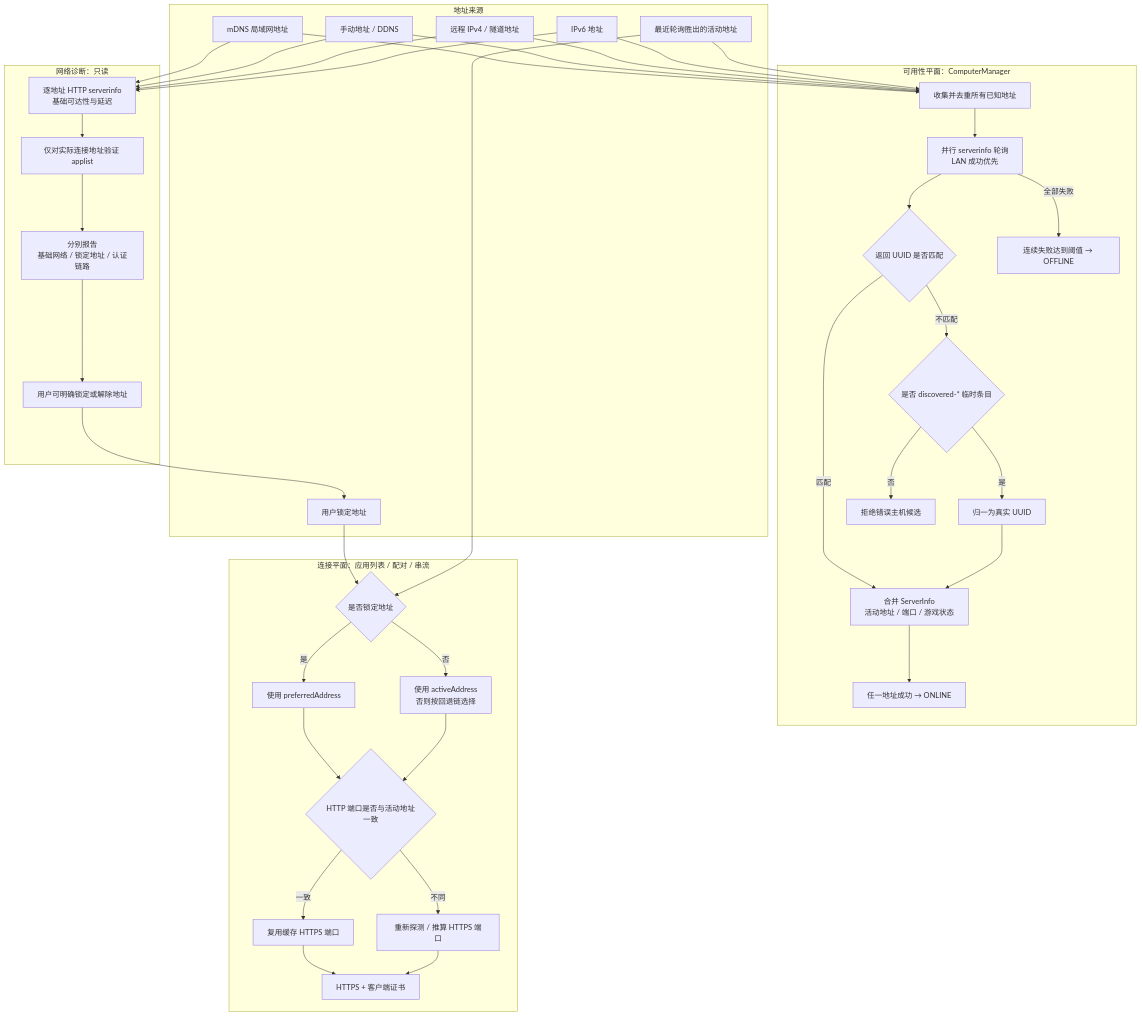
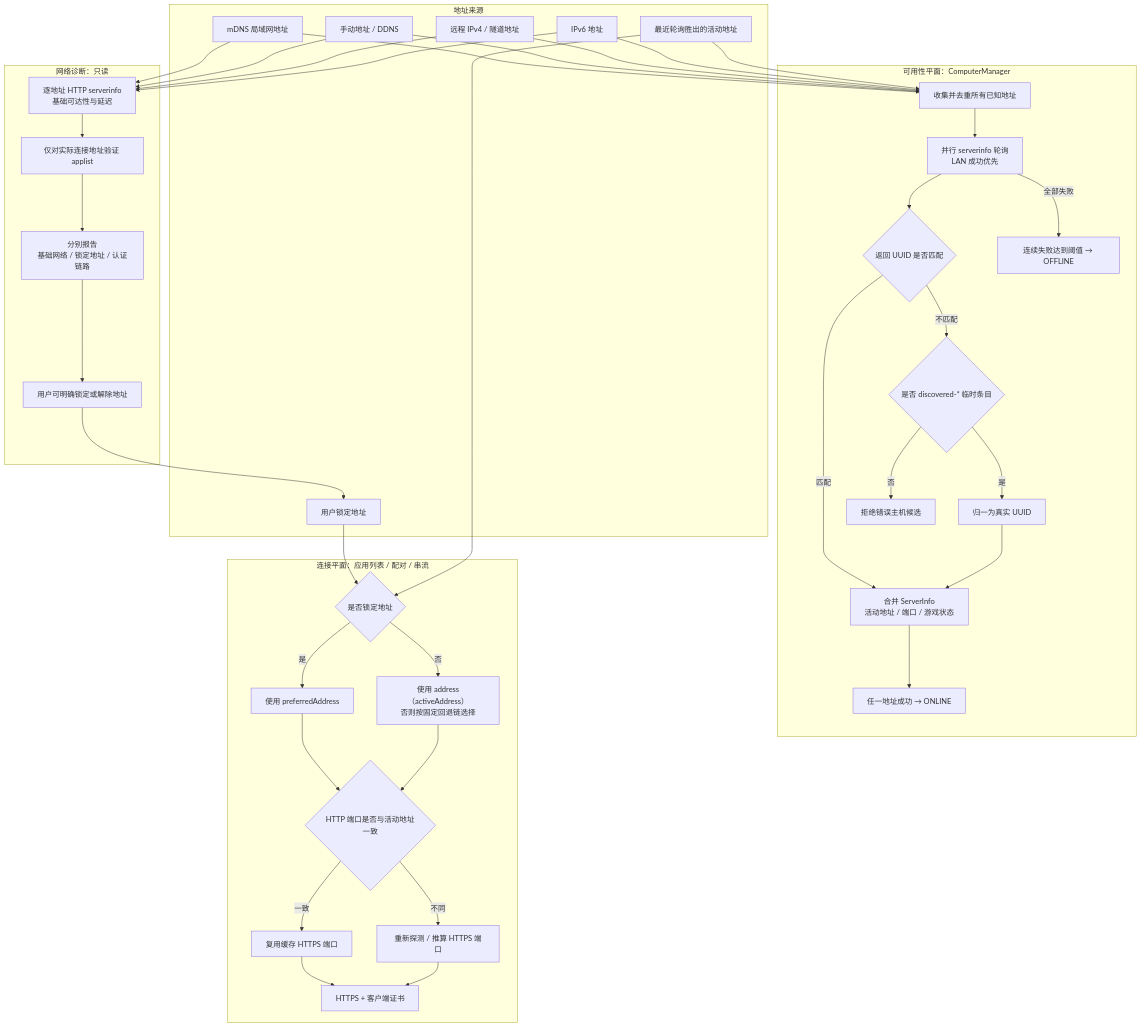
One commit to AlkaidLab/moonlight-harmony changed the diagram in docs/NETWORK_MODEL.md. Above: the diagram before and after it, drawn with Mermaid. The commit also changed other lines of this file, not shown here.

Commit message:
docs(network): clarify address selection contract

````diff
--- a/docs/NETWORK_MODEL.md
+++ b/docs/NETWORK_MODEL.md
@@ -5,69 +5,69 @@
 ```mermaid
 flowchart TD
   subgraph Sources[地址来源]
     MDNS[mDNS 局域网地址]
     MANUAL[手动地址 / DDNS]
     REMOTE[远程 IPv4 / 隧道地址]
     IPV6[IPv6 地址]
     ACTIVE[最近轮询胜出的活动地址]
     PREFERRED[用户锁定地址]
   end
 
   subgraph Availability[可用性平面：ComputerManager]
     COLLECT[收集并去重所有已知地址]
     POLL[并行 serverinfo 轮询<br/>LAN 成功优先]
     IDENTITY{返回 UUID 是否匹配}
     TEMP{是否 discovered-* 临时条目}
     RECONCILE[归一为真实 UUID]
     REJECT[拒绝错误主机候选]
     MERGE[合并 ServerInfo<br/>活动地址 / 端口 / 游戏状态]
     ONLINE[任一地址成功 → ONLINE]
     OFFLINE[连续失败达到阈值 → OFFLINE]
   end
 
   subgraph Connection[连接平面：应用列表 / 配对 / 串流]
     SELECT{是否锁定地址}
     USE_PREFERRED[使用 preferredAddress]
-    USE_ACTIVE[使用 activeAddress<br/>否则按回退链选择]
+    USE_ACTIVE[使用 address（activeAddress）<br/>否则按固定回退链选择]
     PORT{HTTP 端口是否与活动地址一致}
     REUSE[复用缓存 HTTPS 端口]
     DISCOVER_PORT[重新探测 / 推算 HTTPS 端口]
     AUTH[HTTPS + 客户端证书]
   end
 
   subgraph Diagnostic[网络诊断：只读]
     BASE[逐地址 HTTP serverinfo<br/>基础可达性与延迟]
     ACTUAL[仅对实际连接地址验证 applist]
     REPORT[分别报告<br/>基础网络 / 锁定地址 / 认证链路]
     PIN[用户可明确锁定或解除地址]
   end
 
   MDNS --> COLLECT
   MANUAL --> COLLECT
   REMOTE --> COLLECT
   IPV6 --> COLLECT
   ACTIVE --> COLLECT
   COLLECT --> POLL --> IDENTITY
   IDENTITY -->|匹配| MERGE
   IDENTITY -->|不匹配| TEMP
   TEMP -->|是| RECONCILE --> MERGE
   TEMP -->|否| REJECT
   MERGE --> ONLINE
   POLL -->|全部失败| OFFLINE
 
   PREFERRED --> SELECT
   ACTIVE --> SELECT
   SELECT -->|是| USE_PREFERRED
   SELECT -->|否| USE_ACTIVE
   USE_PREFERRED --> PORT
   USE_ACTIVE --> PORT
   PORT -->|一致| REUSE --> AUTH
   PORT -->|不同| DISCOVER_PORT --> AUTH
 
   MDNS --> BASE
   MANUAL --> BASE
   REMOTE --> BASE
   IPV6 --> BASE
   BASE --> ACTUAL --> REPORT --> PIN
   PIN --> PREFERRED
 ```
````
